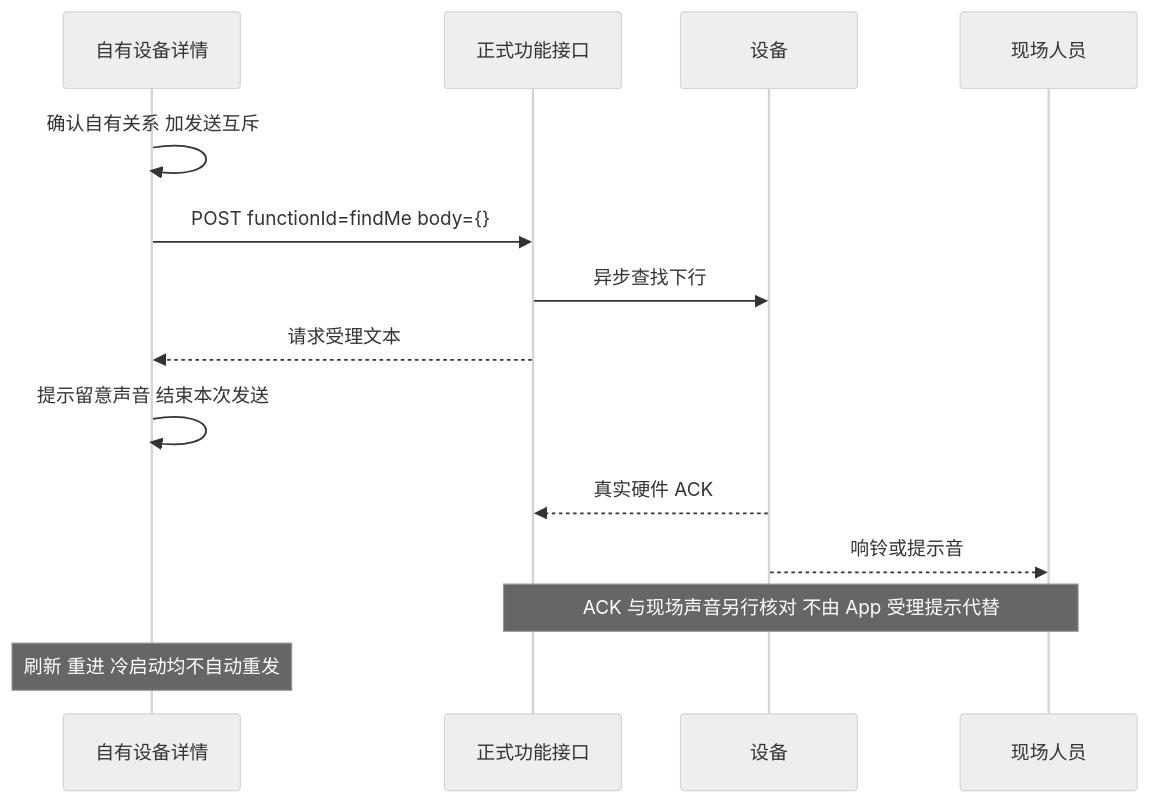
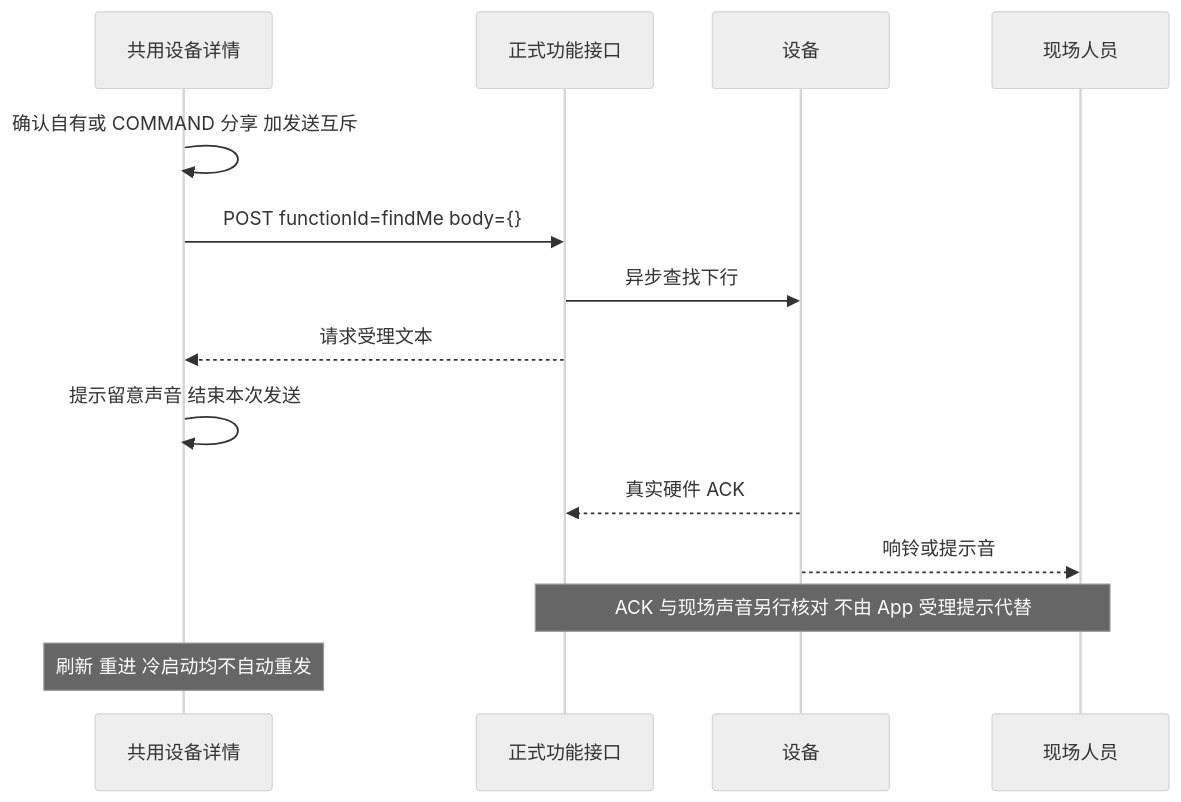
One commit to jarLiao/eview-connect-c-app-prototype changed the diagram in guides/finding-sequence.mmd. Above: the diagram before and after it, drawn with Mermaid (neutral theme). The commit also changed 29 other files, not shown here.

```diff
--- a/guides/finding-sequence.mmd
+++ b/guides/finding-sequence.mmd
@@ -1,14 +1,14 @@
 sequenceDiagram
-    participant UI as 自有设备详情
+    participant UI as 共用设备详情
     participant API as 正式功能接口
     participant Device as 设备
     participant Human as 现场人员
-    UI->>UI: 确认自有关系 加发送互斥
+    UI->>UI: 确认自有或 COMMAND 分享 加发送互斥
     UI->>API: POST functionId=findMe body={}
     API->>Device: 异步查找下行
     API-->>UI: 请求受理文本
     UI->>UI: 提示留意声音 结束本次发送
     Device-->>API: 真实硬件 ACK
     Device-->>Human: 响铃或提示音
     Note over API,Human: ACK 与现场声音另行核对 不由 App 受理提示代替
     Note over UI: 刷新 重进 冷启动均不自动重发
```
